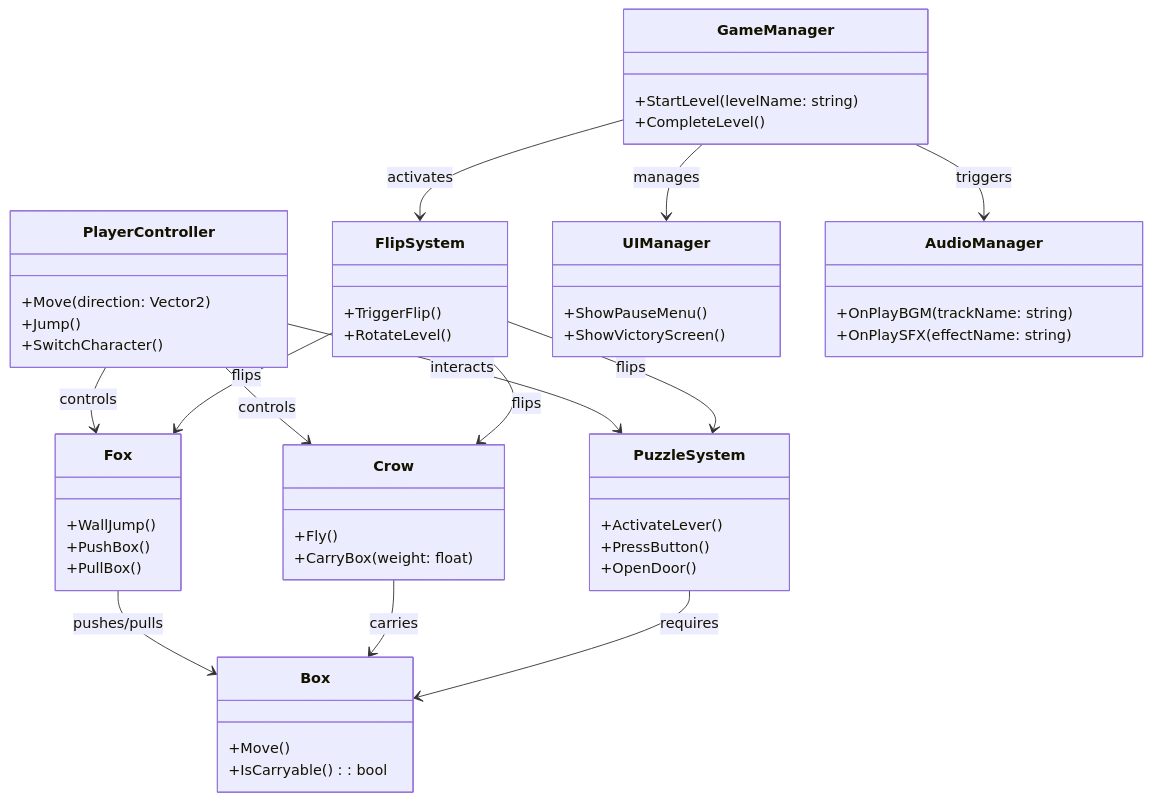
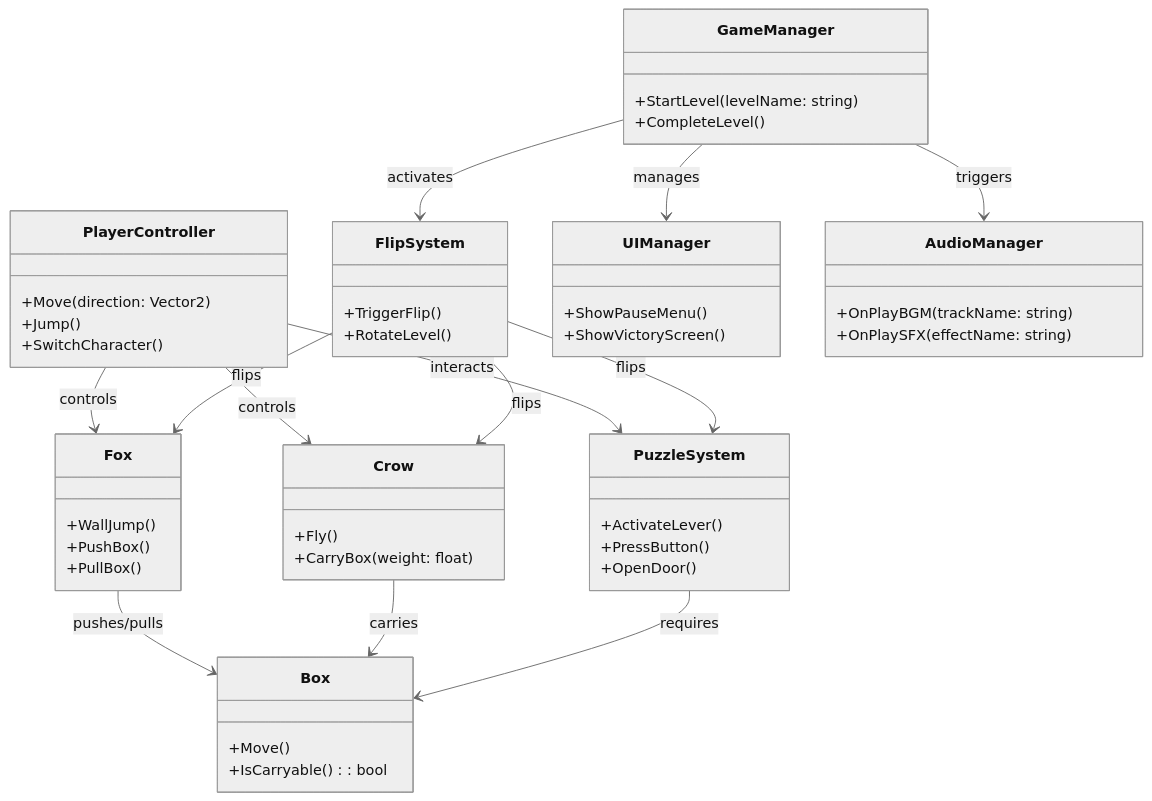
Before and after one commit to Justsomeguy241/Out-of-the-box: the fourth of 4 diagrams in README.md, drawn with Mermaid.

````diff
--- a/README.md
+++ b/README.md
@@ -242,68 +242,65 @@
 ```mermaid
+%%{init: {'theme':'neutral', 'scale': 0.7}}%%
 classDiagram
-    %% --- Core Gameplay ---
     class PlayerController {
         +Move(direction: Vector2)
         +Jump()
         +SwitchCharacter()
     }
 
     class Fox {
         +WallJump()
         +PushBox()
         +PullBox()
     }
 
     class Crow {
         +Fly()
         +CarryBox(weight: float)
     }
 
     class PuzzleSystem {
         +ActivateLever()
         +PressButton()
         +OpenDoor()
     }
 
     class Box {
         +Move()
         +IsCarryable(): bool
     }
 
     class FlipSystem {
         +TriggerFlip()
         +RotateLevel()
     }
 
-    %% --- Game Flow & UI ---
     class GameManager {
         +StartLevel(levelName: string)
         +CompleteLevel()
     }
 
     class UIManager {
         +ShowPauseMenu()
         +ShowVictoryScreen()
     }
 
     class AudioManager {
         +OnPlayBGM(trackName: string)
         +OnPlaySFX(effectName: string)
     }
 
-    %% --- Relations ---
     PlayerController --> Fox : controls
     PlayerController --> Crow : controls
     PlayerController --> PuzzleSystem : interacts
     Fox --> Box : pushes/pulls
     Crow --> Box : carries
     PuzzleSystem --> Box : requires
     FlipSystem --> PuzzleSystem : flips
     FlipSystem --> Fox : flips
     FlipSystem --> Crow : flips
     GameManager --> UIManager : manages
     GameManager --> AudioManager : triggers
     GameManager --> FlipSystem : activates
 
-
 ```
````
